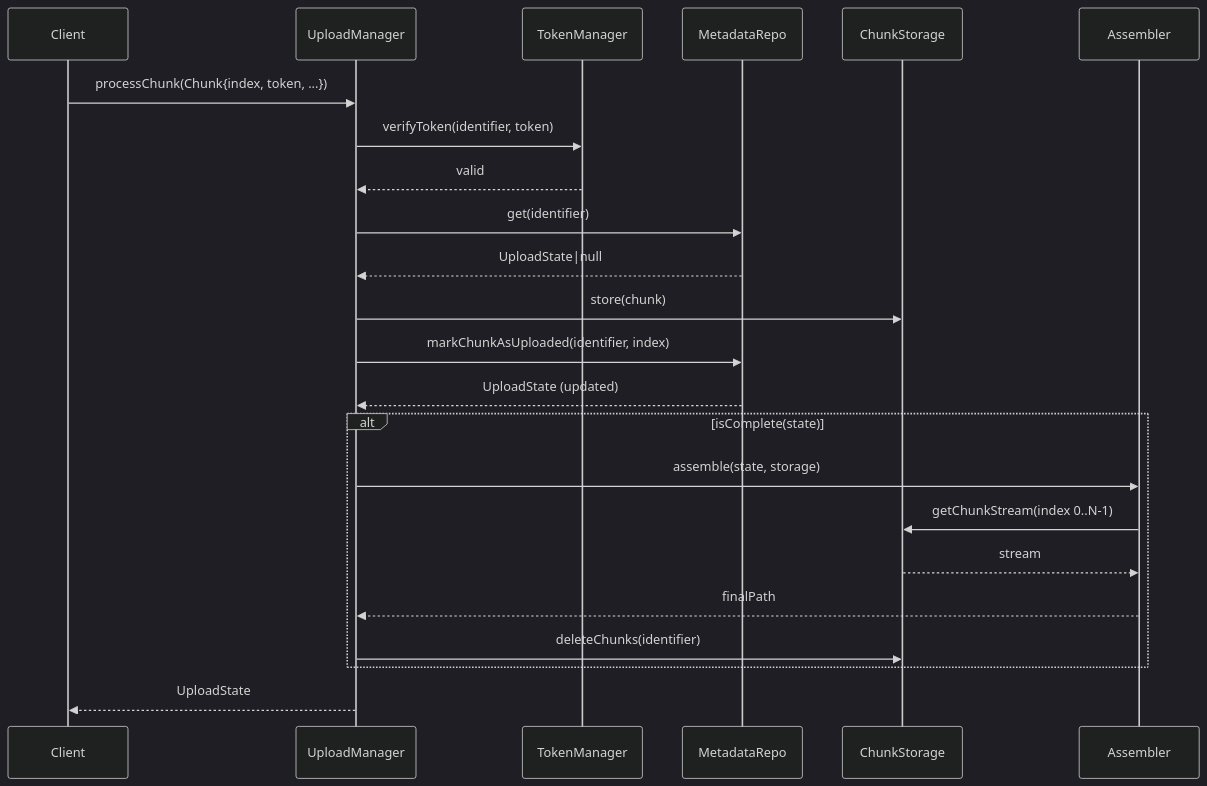
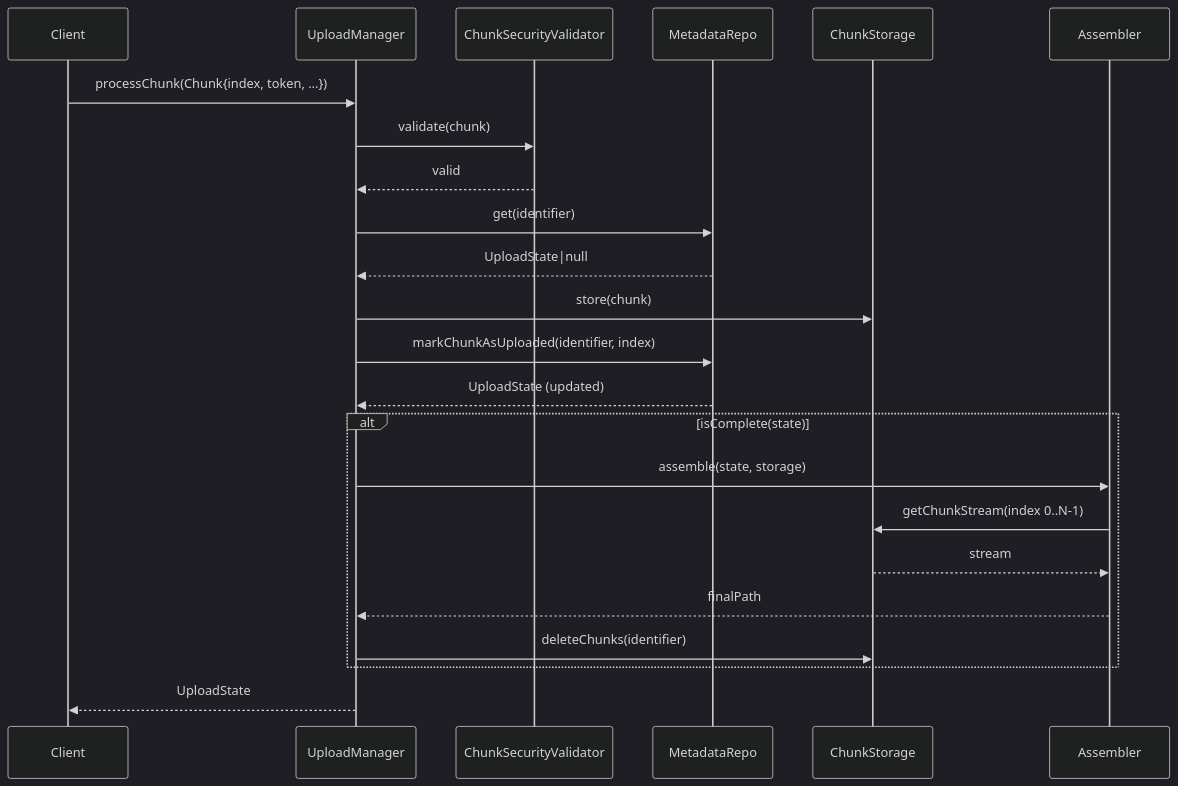
One commit to unknownman/chunked-uploader changed the second of 2 diagrams in README.md. Above: the diagram before and after it, drawn with Mermaid (dark theme). The commit also changed other lines of this file and 61 other files, not shown here.

````diff
--- a/README.md
+++ b/README.md
@@ -82,26 +82,26 @@
 ```mermaid
 sequenceDiagram
     participant C as Client
     participant M as UploadManager
-    participant TS as TokenManager
+    participant TS as ChunkSecurityValidator
     participant MD as MetadataRepo
     participant S as ChunkStorage
     participant A as Assembler
 
     C->>M: processChunk(Chunk{index, token, ...})
-    M->>TS: verifyToken(identifier, token)
+    M->>TS: validate(chunk)
     TS-->>M: valid
     M->>MD: get(identifier)
     MD-->>M: UploadState|null
     M->>S: store(chunk)
     M->>MD: markChunkAsUploaded(identifier, index)
     MD-->>M: UploadState (updated)
     alt isComplete(state)
         M->>A: assemble(state, storage)
         A->>S: getChunkStream(index 0..N-1)
         S-->>A: stream
         A-->>M: finalPath
         M->>S: deleteChunks(identifier)
     end
     M-->>C: UploadState
 ```
````
